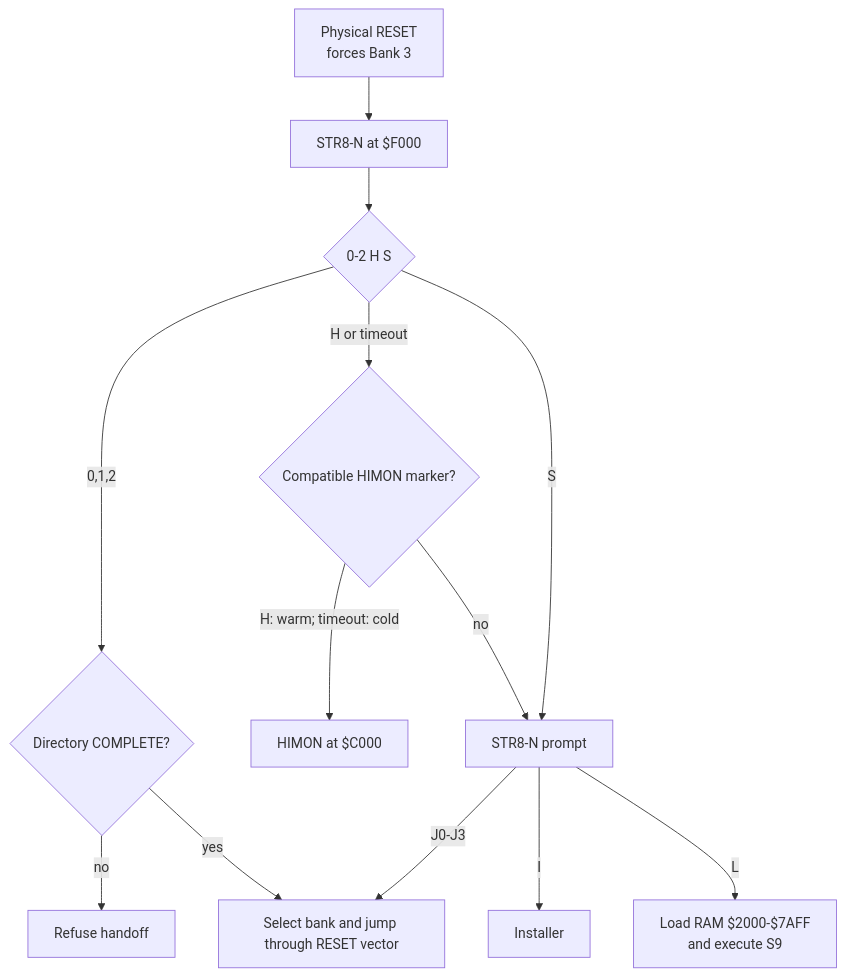
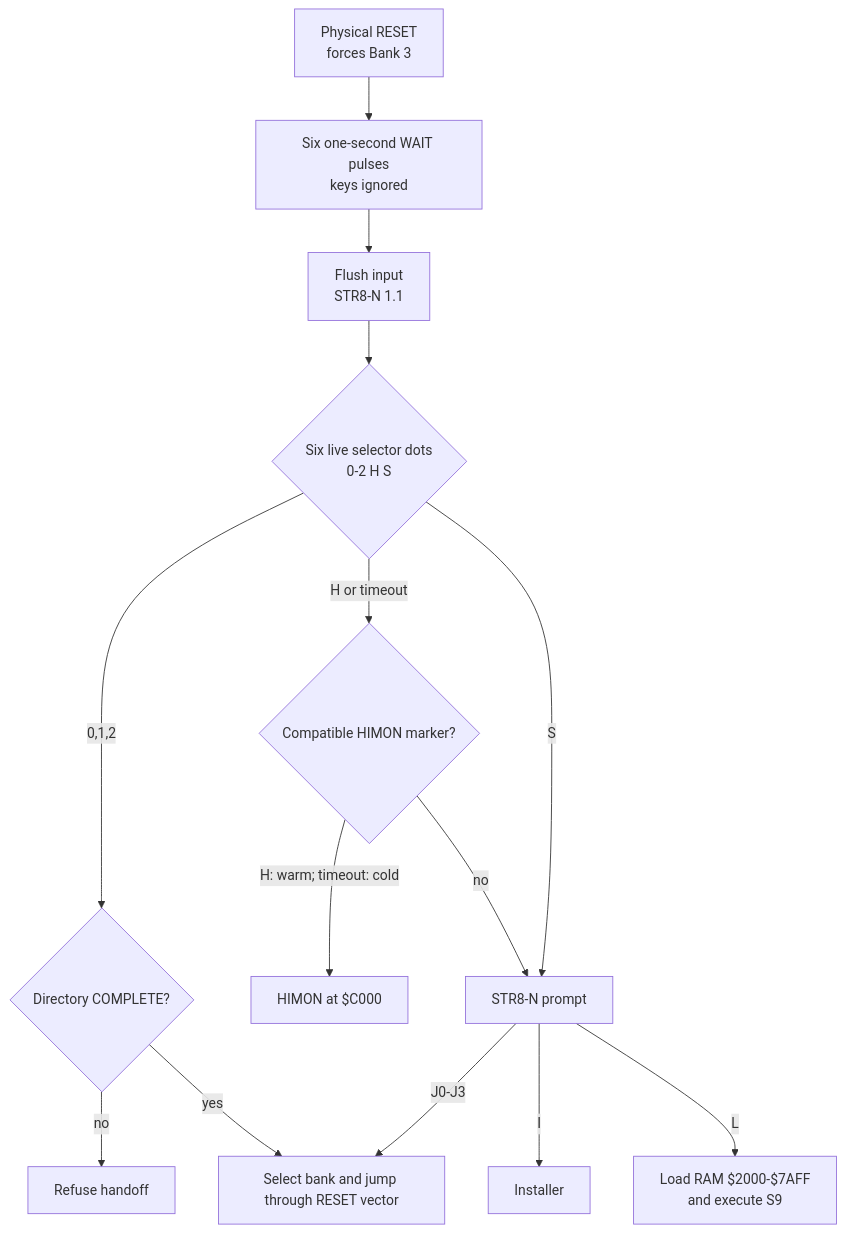
The third of 8 diagrams in docs/MAPS.md (95westus/STR8-N), drawn with Mermaid before and after one commit. The commit also changed other lines of this file and 8 other files, not shown here.

````diff
--- a/docs/MAPS.md
+++ b/docs/MAPS.md
@@ -43,15 +46,16 @@
 ```mermaid
 flowchart TD
-    R[Physical RESET<br/>forces Bank 3] --> P[STR8-N at $F000]
-    P --> Q{0-2 H S}
+    R[Physical RESET<br/>forces Bank 3] --> A[Six one-second WAIT pulses<br/>keys ignored]
+    A --> P[Flush input<br/>STR8-N 1.1]
+    P --> Q{Six live selector dots<br/>0-2 H S}
     Q -->|0,1,2| C{Directory COMPLETE?}
     C -->|no| F[Refuse handoff]
     C -->|yes| J[Select bank and jump through RESET vector]
     Q -->|H or timeout| M{Compatible HIMON marker?}
     M -->|H: warm; timeout: cold| H[HIMON at $C000]
     M -->|no| S[STR8-N prompt]
     Q -->|S| S
     S -->|J0-J3| J
     S -->|I| I[Installer]
     S -->|L| L[Load RAM $2000-$7AFF<br/>and execute S9]
 ```
````
